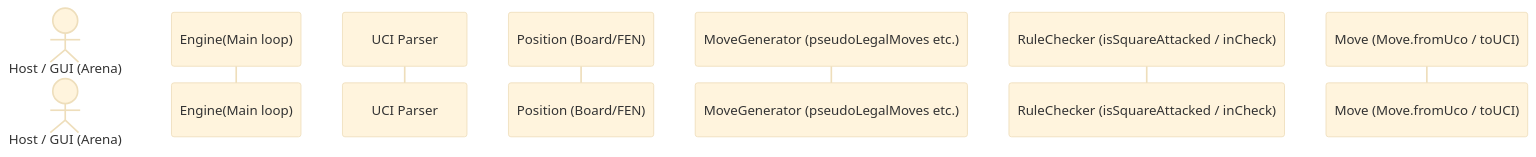
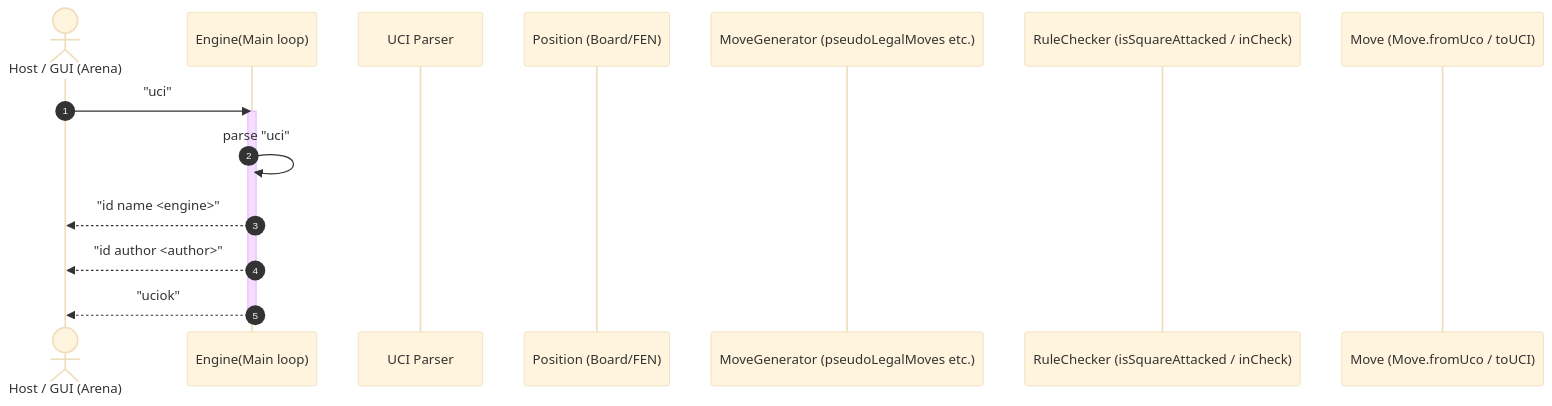
Before and after one commit to cbmusonda/Broncos-Gambit: the diagram in sequenceDiagram.md, drawn with Mermaid (base theme).

Commit message:
Update sequence diagram

````diff
--- a/sequenceDiagram.md
+++ b/sequenceDiagram.md
@@ -1,12 +1,22 @@
 ```mermaid
 sequenceDiagram
     autonumber
     actor Host as Host / GUI (Arena)
     participant Engine as Engine(Main loop)
     participant Parser as UCI Parser
     participant Position as Position (Board/FEN) 
     participant MoveGen as MoveGenerator (pseudoLegalMoves etc.)
     participant Rule as RuleChecker (isSquareAttacked / inCheck)
     participant MoveObj as Move (Move.fromUco / toUCI)
 
+   %%Note over Host,Engine: Engine runs a UCI stdin/stdout loop
+
+   Host ->> Engine: "uci"
+   activate Engine
+   Engine ->> Engine: parse "uci"
+   Engine -->> Host: "id name <engine>"
+   Engine -->> Host: "id author <author>"
+   Engine -->> Host: "uciok"
+   deactivate Engine
+
 ``` 
````
